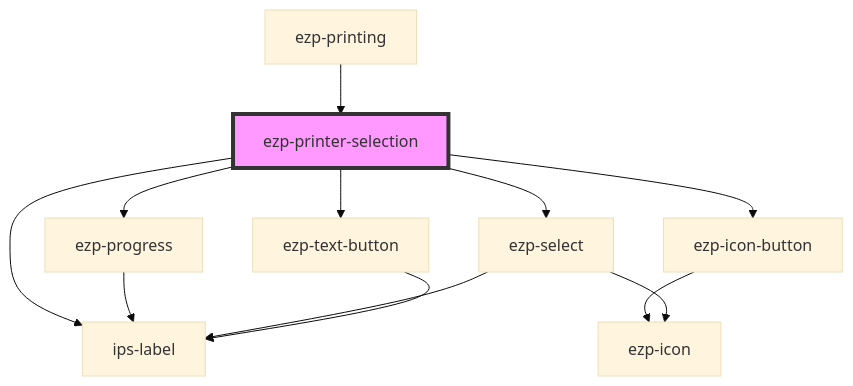
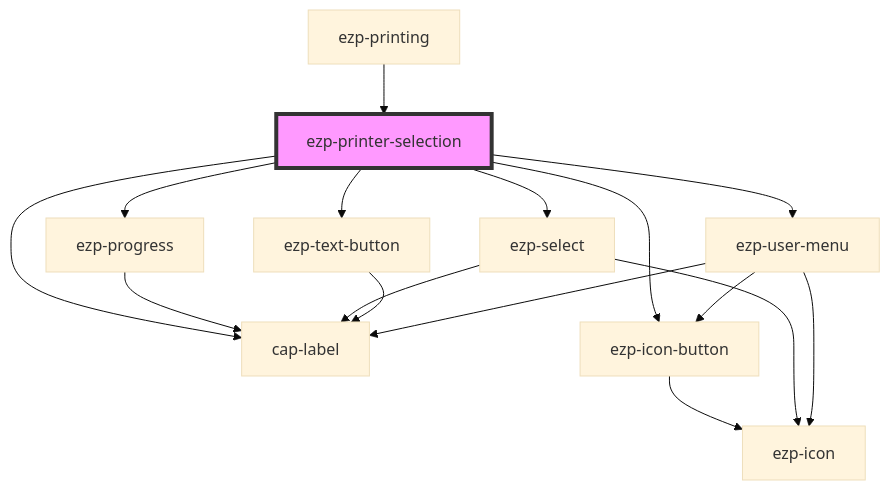
The diagram in src/components/ezp-printer-selection/readme.md (ezeep/ezeep-js), drawn with Mermaid (base theme) before and after one commit. The commit also changed other lines of this file and 25 other files, not shown here.

Commit message:
Introduce user menu component

````diff
--- a/src/components/ezp-printer-selection/readme.md
+++ b/src/components/ezp-printer-selection/readme.md
@@ -56,15 +54,19 @@
 ```mermaid
 graph TD;
   ezp-printer-selection --> ezp-progress
-  ezp-printer-selection --> ips-label
+  ezp-printer-selection --> cap-label
   ezp-printer-selection --> ezp-icon-button
   ezp-printer-selection --> ezp-select
   ezp-printer-selection --> ezp-text-button
-  ezp-progress --> ips-label
+  ezp-printer-selection --> ezp-user-menu
+  ezp-progress --> cap-label
   ezp-icon-button --> ezp-icon
   ezp-select --> ezp-icon
-  ezp-select --> ips-label
-  ezp-text-button --> ips-label
+  ezp-select --> cap-label
+  ezp-text-button --> cap-label
+  ezp-user-menu --> cap-label
+  ezp-user-menu --> ezp-icon-button
+  ezp-user-menu --> ezp-icon
   ezp-printing --> ezp-printer-selection
   style ezp-printer-selection fill:#f9f,stroke:#333,stroke-width:4px
 ```
````
